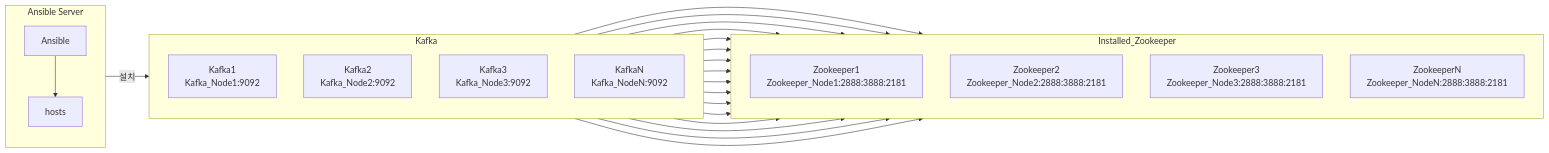
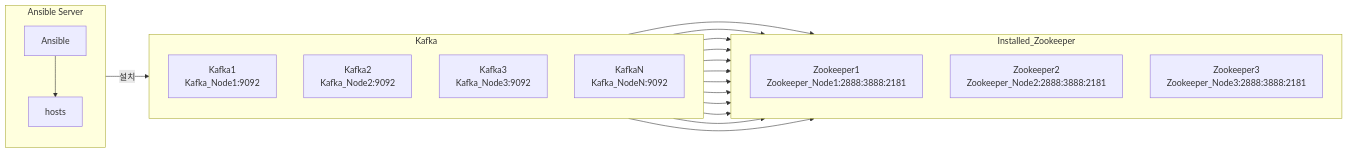
Before and after one commit to QubitSecurity/howto: the diagram in rocky9/app/kafka/ansible_install/readme.md, drawn with Mermaid. The commit also changed other lines of this file, not shown here.

````diff
--- a/rocky9/app/kafka/ansible_install/readme.md
+++ b/rocky9/app/kafka/ansible_install/readme.md
@@ -35,56 +41,55 @@
 ```mermaid
 graph LR;
 
     %% Define layout direction and spacing
     %% style Ansible_Server fill:#f9f,stroke:#333,stroke-width:2px,height:200px;
     %% style Zookeeper fill:#cfc,stroke:#333,stroke-width:2px;
 
 
     %% Ansible Server Section
     subgraph Ansible_Server[Ansible Server]
         direction TB
         Ansible1[Ansible]
         hosts[hosts]
         
         Ansible1 --> hosts
     end
 
     %% Zookeeper Section
     subgraph Zookeeper[Installed_Zookeeper]
         direction TB
         Zookeeper1[Zookeeper1<br>Zookeeper_Node1:2888:3888:2181]
         Zookeeper2[Zookeeper2<br>Zookeeper_Node2:2888:3888:2181]
         Zookeeper3[Zookeeper3<br>Zookeeper_Node3:2888:3888:2181]
-        Zookeeper4[ZookeeperN<br>Zookeeper_NodeN:2888:3888:2181]
         
     end
 
     %% Combined Kafka and Solr Section
         %% Kafka Subgraph
     subgraph Kafka[Kafka]
         direction TB
         Kafka1[Kafka1<br>Kafka_Node1:9092]
         Kafka2[Kafka2<br>Kafka_Node2:9092]
         Kafka3[Kafka3<br>Kafka_Node3:9092]
         Kafka4[KafkaN<br>Kafka_NodeN:9092]
     end
 
     hosts -->|설치| Kafka
 
     Kafka1 --> Zookeeper1
     Kafka1 --> Zookeeper2
     Kafka1 --> Zookeeper3
-    Kafka1 --> Zookeeper4
+
     Kafka2 --> Zookeeper1
     Kafka2 --> Zookeeper2
     Kafka2 --> Zookeeper3
-    Kafka2 --> Zookeeper4
+
     Kafka3 --> Zookeeper1
     Kafka3 --> Zookeeper2
     Kafka3 --> Zookeeper3
-    Kafka3 --> Zookeeper4
+
     Kafka4 --> Zookeeper1
     Kafka4 --> Zookeeper2
     Kafka4 --> Zookeeper3
-    Kafka4 --> Zookeeper4
+
 ```
````
